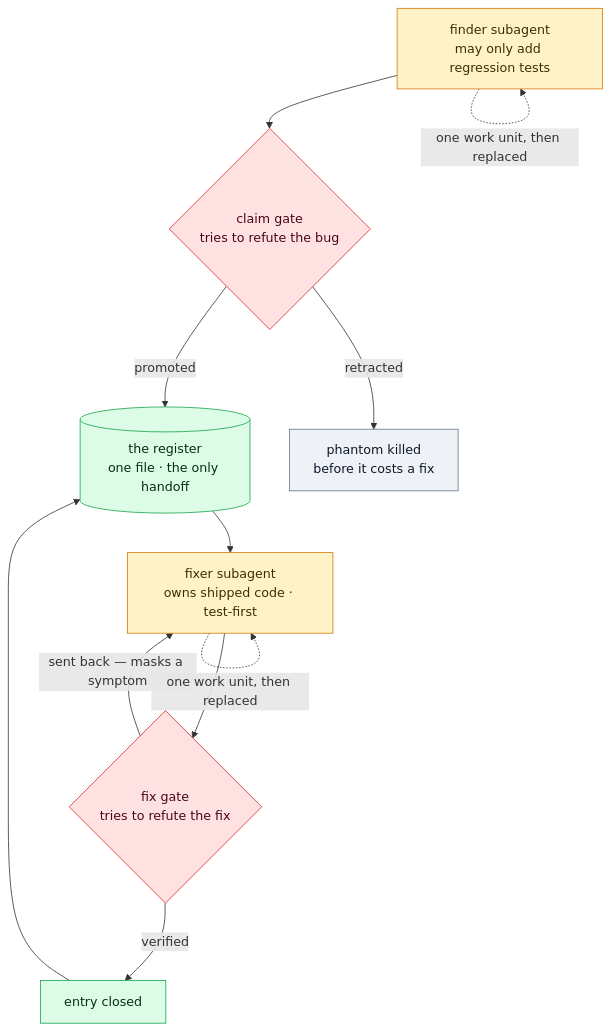
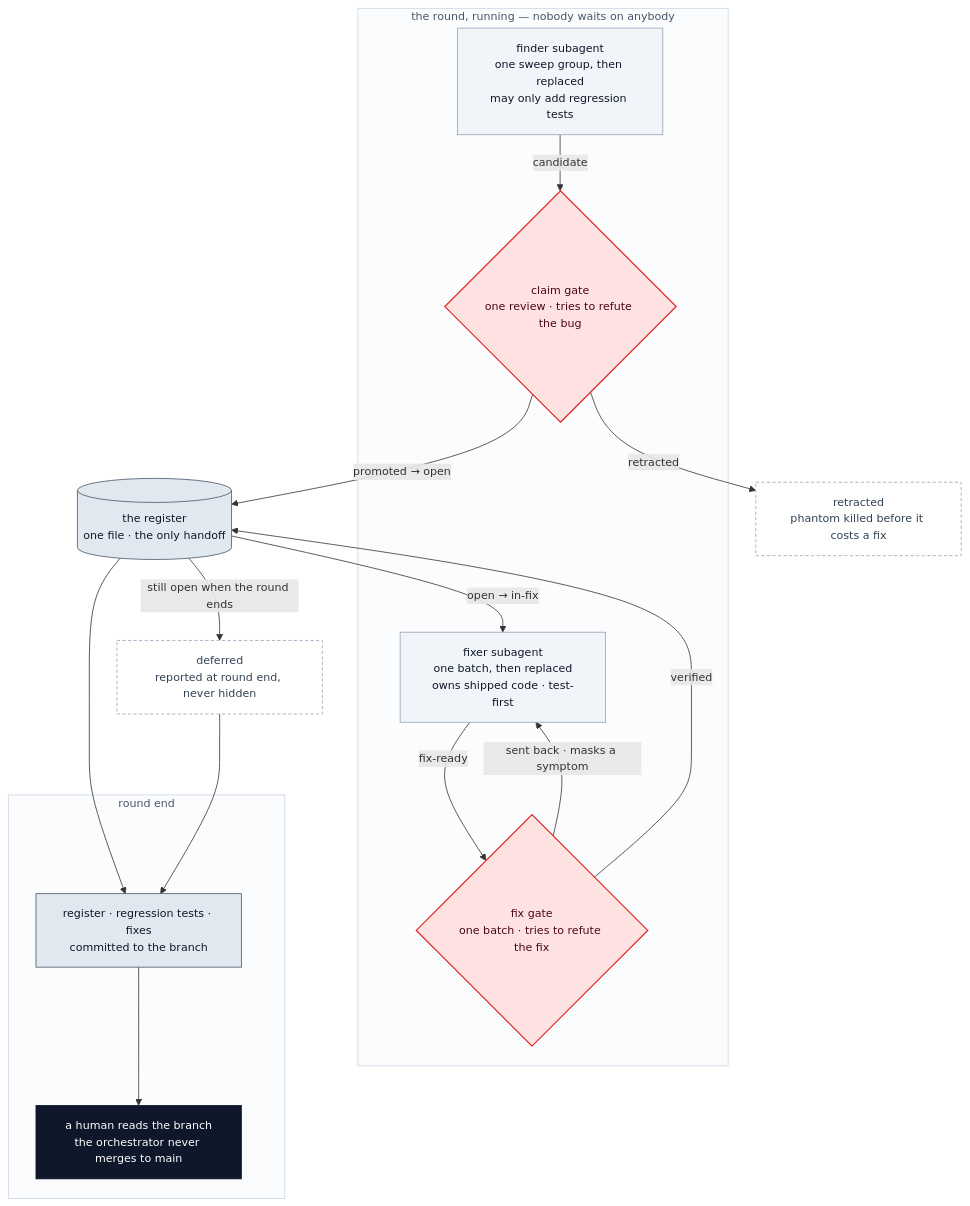
Before and after one commit to roufmlp/agent-skills: the third of 3 diagrams in README.md, drawn with Mermaid. The commit also changed other lines of this file, not shown here.

First line of the commit message:
Rebuild the three README diagrams: real exits drawn, one palette

````diff
--- a/README.md
+++ b/README.md
@@ -123,26 +192,45 @@
 ```mermaid
+%%{init: {"flowchart": {"curve": "basis"}, "themeVariables": {"fontSize": "14px"}}}%%
 flowchart TD
     REG[("the register<br/>one file · the only handoff")]
 
-    FIND["finder subagent<br/>may only add regression tests"] --> CG{"claim gate<br/>tries to refute the bug"}
-    CG -->|retracted| DEAD["phantom killed<br/>before it costs a fix"]
-    CG -->|promoted| REG
+    subgraph RUN ["the round, running — nobody waits on anybody"]
+        FIND["finder subagent<br/>one sweep group, then replaced<br/>may only add regression tests"]
+        CG{"claim gate<br/>one review · tries to refute the bug"}
+        FIX["fixer subagent<br/>one batch, then replaced<br/>owns shipped code · test-first"]
+        FG{"fix gate<br/>one batch · tries to refute the fix"}
+    end
 
-    REG --> FIX["fixer subagent<br/>owns shipped code · test-first"]
-    FIX --> FG{"fix gate<br/>tries to refute the fix"}
-    FG -->|"sent back — masks a symptom"| FIX
-    FG -->|verified| DONE["entry closed"]
-    DONE --> REG
+    DEAD["retracted<br/>phantom killed before it costs a fix"]
+    DEFER["deferred<br/>reported at round end, never hidden"]
 
-    FIND -.->|"one work unit, then replaced"| FIND
-    FIX -.->|"one work unit, then replaced"| FIX
+    subgraph ENDR ["round end"]
+        COMMIT["register · regression tests · fixes<br/>committed to the branch"]
+        HUM["a human reads the branch<br/>the orchestrator never merges to main"]
+    end
 
-    classDef work fill:#fef3c7,stroke:#d97706,color:#3f2d02
-    classDef gate fill:#fee2e2,stroke:#dc2626,color:#4c0519
-    classDef state fill:#dcfce7,stroke:#16a34a,color:#052e16
-    classDef dead fill:#eef2f6,stroke:#64748b,color:#0f172a
-    class FIND,FIX work
+    FIND -->|"candidate"| CG
+    CG -->|"retracted"| DEAD
+    CG -->|"promoted → open"| REG
+    REG -->|"open → in-fix"| FIX
+    FIX -->|"fix-ready"| FG
+    FG -->|"sent back · masks a symptom"| FIX
+    FG -->|"verified"| REG
+    REG -->|"still open when the round ends"| DEFER
+    REG --> COMMIT
+    DEFER --> COMMIT
+    COMMIT --> HUM
+
+    classDef step fill:#F1F5F9,stroke:#94A3B8,stroke-width:1px,color:#0F172A
+    classDef keep fill:#E2E8F0,stroke:#475569,stroke-width:1px,color:#0F172A
+    classDef gate fill:#FEE2E2,stroke:#DC2626,stroke-width:1.5px,color:#4C0519
+    classDef stop fill:#FFFFFF,stroke:#94A3B8,stroke-width:1px,stroke-dasharray:4 3,color:#334155
+    classDef human fill:#0F172A,stroke:#0F172A,stroke-width:1px,color:#FFFFFF
+    class FIND,FIX step
     class CG,FG gate
-    class REG,DONE state
-    class DEAD dead
+    class REG,COMMIT keep
+    class DEAD,DEFER stop
+    class HUM human
+    style RUN fill:#FBFCFD,stroke:#CBD5E1,color:#475569
+    style ENDR fill:#FBFCFD,stroke:#CBD5E1,color:#475569
 ```
````
